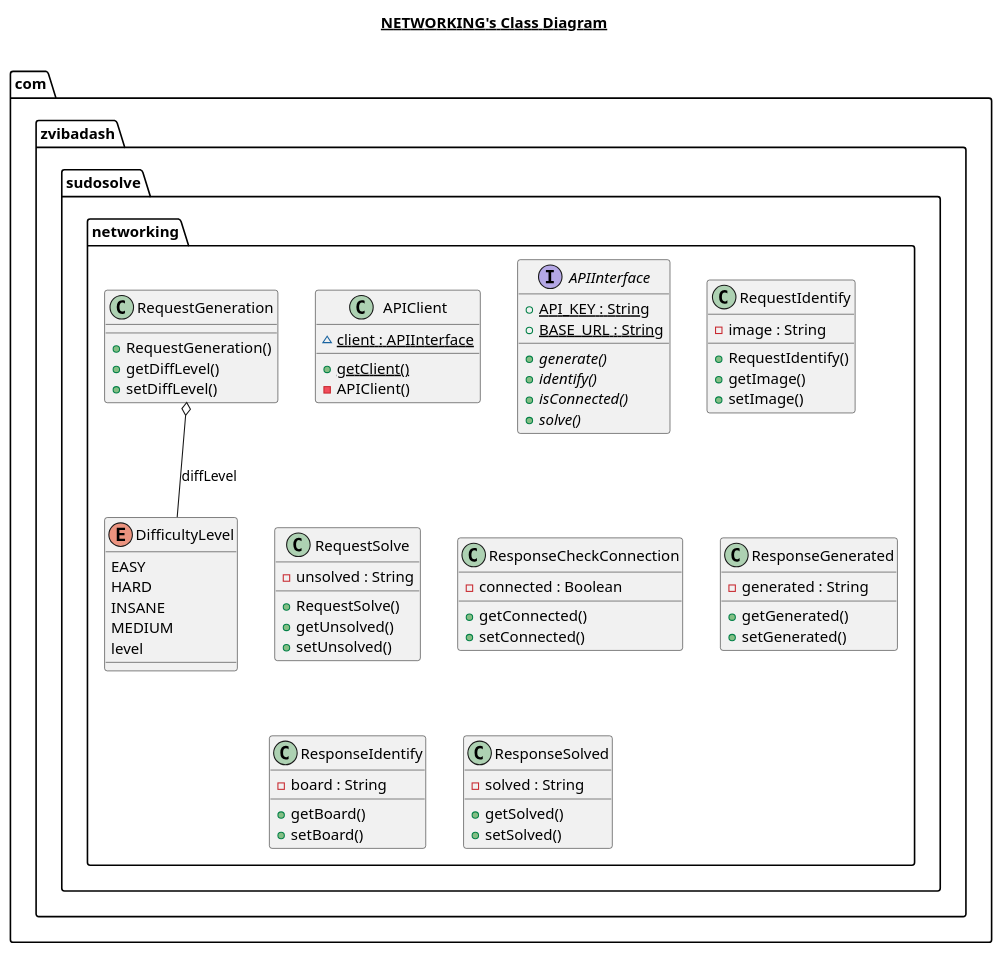
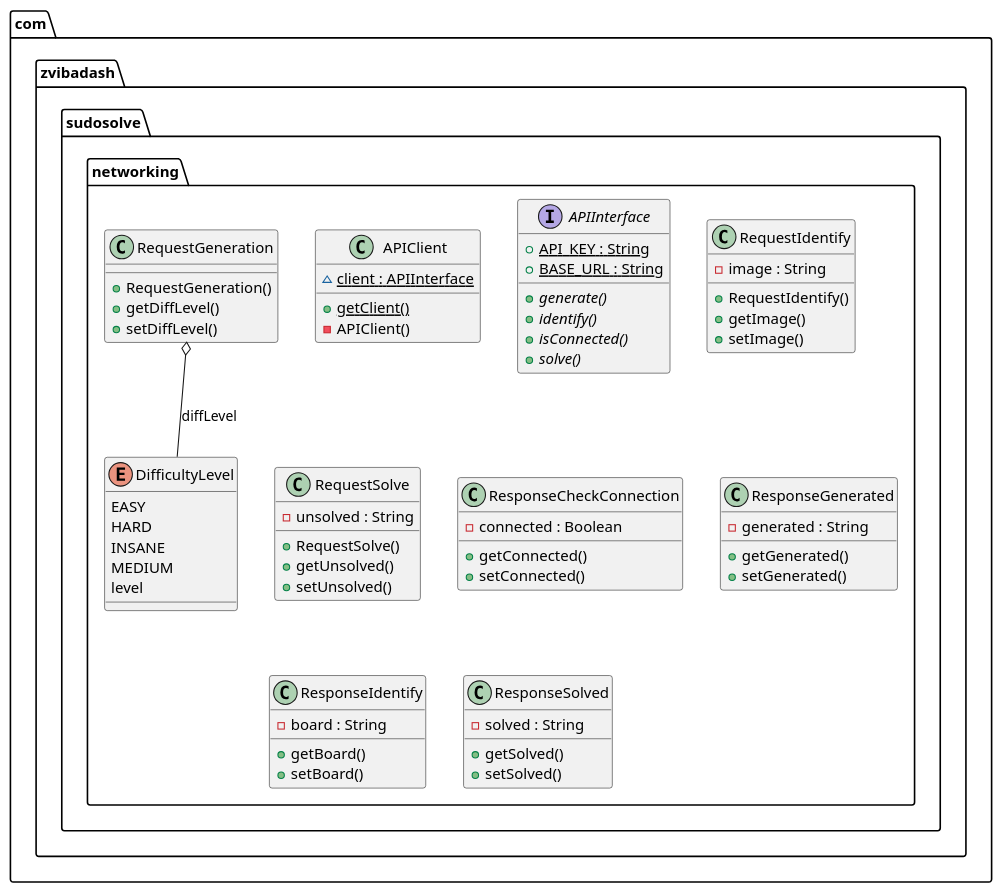
Before and after one commit to Zvi-Badash/Sudo-Solve: the diagram in app/src/main/java/com/zvibadash/sudosolve/networking/networking.plantuml, drawn with PlantUML. The commit also changed 6 other files, not shown here.

```diff
--- a/app/src/main/java/com/zvibadash/sudosolve/networking/networking.plantuml
+++ b/app/src/main/java/com/zvibadash/sudosolve/networking/networking.plantuml
@@ -1,124 +1,121 @@
 @startuml
-
-title __NETWORKING's Class Diagram__\n
-
   namespace com.zvibadash.sudosolve {
     namespace networking {
       class com.zvibadash.sudosolve.networking.APIClient {
           {static} ~ client : APIInterface
           {static} + getClient()
           - APIClient()
       }
     }
   }
   
 
   namespace com.zvibadash.sudosolve {
     namespace networking {
       interface com.zvibadash.sudosolve.networking.APIInterface {
           {static} + API_KEY : String
           {static} + BASE_URL : String
           {abstract} + generate()
           {abstract} + identify()
           {abstract} + isConnected()
           {abstract} + solve()
       }
     }
   }
   
 
   namespace com.zvibadash.sudosolve {
     namespace networking {
       enum DifficultyLevel {
         EASY
         HARD
         INSANE
         MEDIUM
         level
       }
     }
   }
   
 
   namespace com.zvibadash.sudosolve {
     namespace networking {
       class com.zvibadash.sudosolve.networking.RequestGeneration {
           + RequestGeneration()
           + getDiffLevel()
           + setDiffLevel()
       }
     }
   }
   
 
   namespace com.zvibadash.sudosolve {
     namespace networking {
       class com.zvibadash.sudosolve.networking.RequestIdentify {
           - image : String
           + RequestIdentify()
           + getImage()
           + setImage()
       }
     }
   }
   
 
   namespace com.zvibadash.sudosolve {
     namespace networking {
       class com.zvibadash.sudosolve.networking.RequestSolve {
           - unsolved : String
           + RequestSolve()
           + getUnsolved()
           + setUnsolved()
       }
     }
   }
   
 
   namespace com.zvibadash.sudosolve {
     namespace networking {
       class com.zvibadash.sudosolve.networking.ResponseCheckConnection {
           - connected : Boolean
           + getConnected()
           + setConnected()
       }
     }
   }
   
 
   namespace com.zvibadash.sudosolve {
     namespace networking {
       class com.zvibadash.sudosolve.networking.ResponseGenerated {
           - generated : String
           + getGenerated()
           + setGenerated()
       }
     }
   }
   
 
   namespace com.zvibadash.sudosolve {
     namespace networking {
       class com.zvibadash.sudosolve.networking.ResponseIdentify {
           - board : String
           + getBoard()
           + setBoard()
       }
     }
   }
   
 
   namespace com.zvibadash.sudosolve {
     namespace networking {
       class com.zvibadash.sudosolve.networking.ResponseSolved {
           - solved : String
           + getSolved()
           + setSolved()
       }
     }
   }
   
 
   com.zvibadash.sudosolve.networking.RequestGeneration o-- com.zvibadash.sudosolve.networking.DifficultyLevel : diffLevel
 
 @enduml
```
